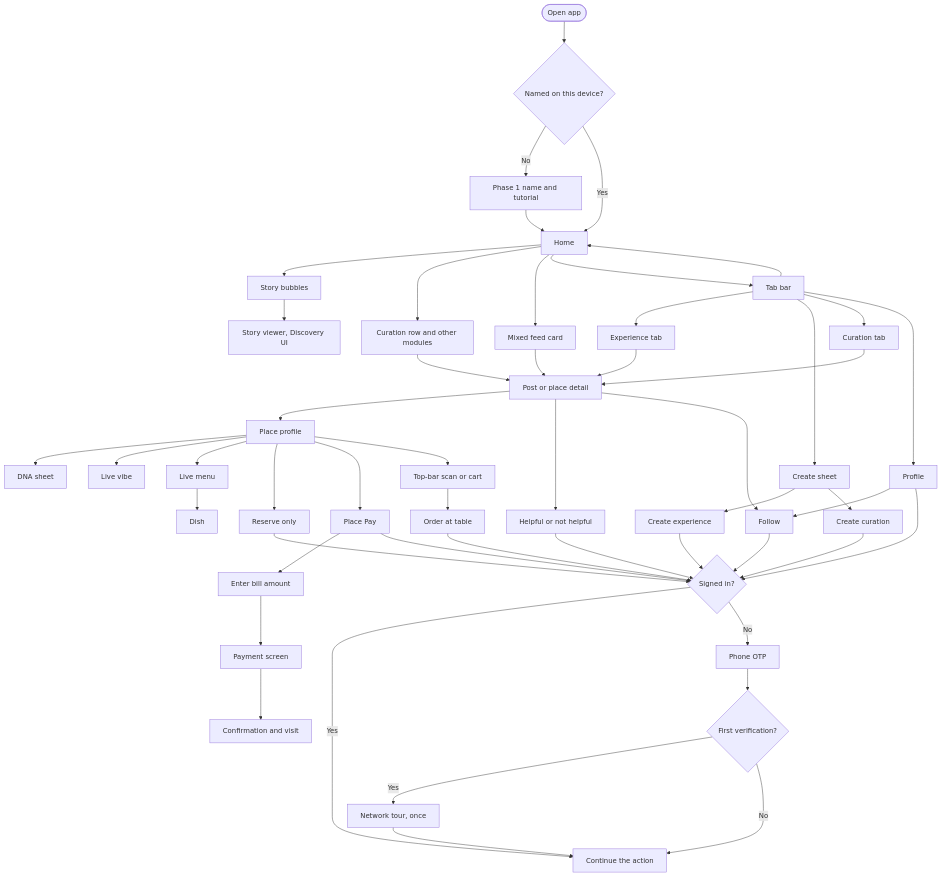
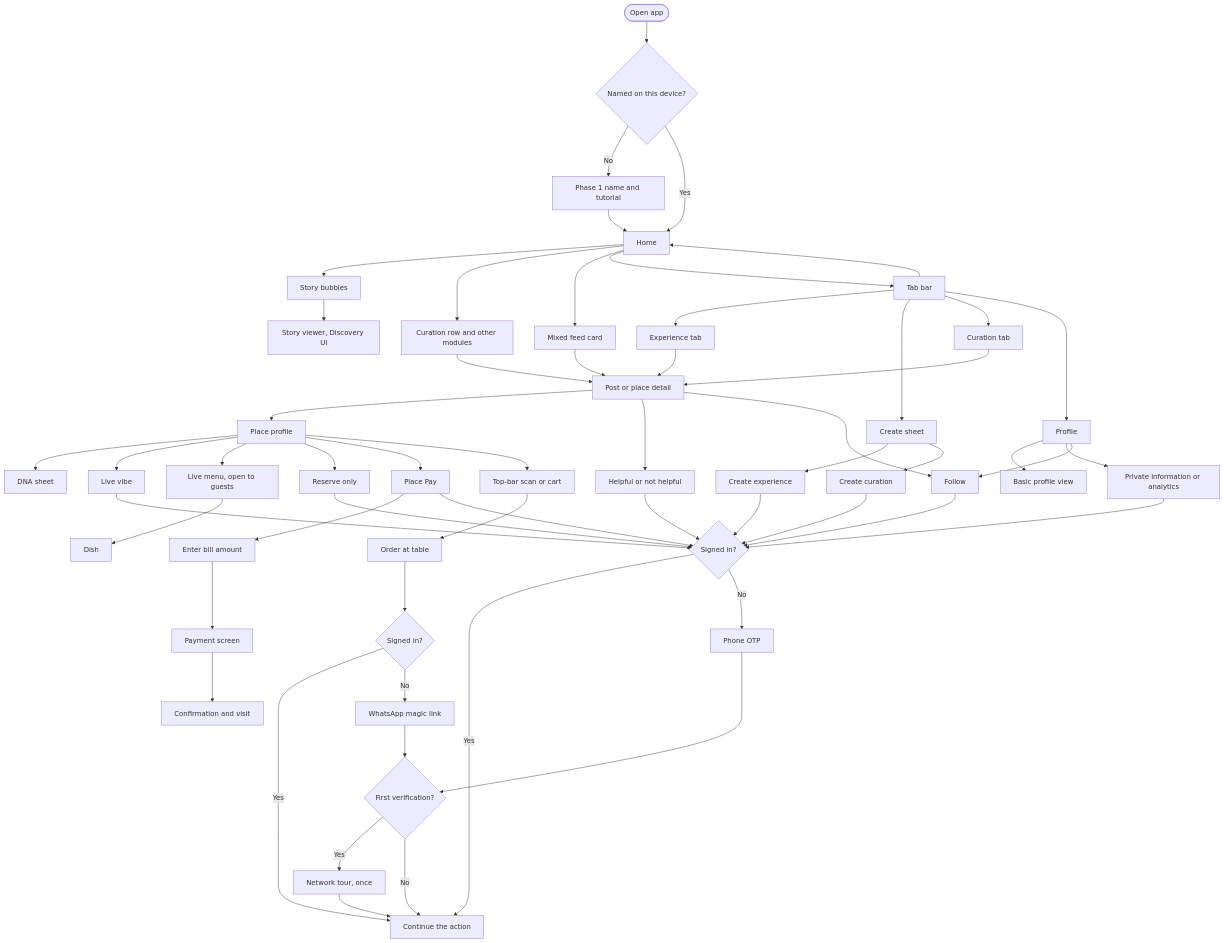
One commit to bawra11/elite-product changed the diagram in product/detail-flows/00-map.md. Above: the diagram before and after it, drawn with Mermaid. The commit also changed other lines of this file and 15 other files, not shown here.

````diff
--- a/product/detail-flows/00-map.md
+++ b/product/detail-flows/00-map.md
@@ -13,61 +17,68 @@
 ```mermaid
 flowchart TD
   launch([Open app]) --> known{Named on this device?}
   known -->|No| onboard["Phase 1 name and tutorial"]
   known -->|Yes| home["Home"]
   onboard --> home
 
   home --> bubbles["Story bubbles"]
   home --> modules["Curation row and other modules"]
   home --> card["Mixed feed card"]
   home --> tabs["Tab bar"]
 
   bubbles --> viewer["Story viewer, Discovery UI"]
   modules --> detail["Post or place detail"]
   card --> detail
 
   tabs --> home
   tabs --> exp["Experience tab"]
   tabs --> create["Create sheet"]
   tabs --> cur["Curation tab"]
   tabs --> profile["Profile"]
+  profile --> basic["Basic profile view"]
+  profile --> private["Private information or analytics"]
 
   exp --> detail
   cur --> detail
   create --> expFlow["Create experience"]
   create --> curFlow["Create curation"]
 
   detail --> place["Place profile"]
   place --> dna["DNA sheet"]
   place --> vibe["Live vibe"]
-  place --> menu["Live menu"]
+  place --> menu["Live menu, open to guests"]
   menu --> dish["Dish"]
   place --> reserve["Reserve only"]
   place --> placePay["Place Pay"]
   place --> orderIcon["Top-bar scan or cart"]
   orderIcon --> dineIn["Order at table"]
 
   placePay --> amount["Enter bill amount"]
   amount --> payScreen["Payment screen"]
   payScreen --> confirm["Confirmation and visit"]
 
   detail --> react["Helpful or not helpful"]
   detail --> follow["Follow"]
   profile --> follow
 
   react --> gate{Signed in?}
   follow --> gate
   expFlow --> gate
   curFlow --> gate
   reserve --> gate
   placePay --> gate
-  dineIn --> gate
-  profile --> gate
+  vibe --> gate
+  private --> gate
 
   gate -->|Yes| back["Continue the action"]
   gate -->|No| auth["Phone OTP"]
+
+  dineIn --> wa{Signed in?}
+  wa -->|Yes| back
+  wa -->|No| magic["WhatsApp magic link"]
+  magic --> tour
   auth --> tour{First verification?}
   tour -->|Yes| phase3["Network tour, once"]
   tour -->|No| back
   phase3 --> back
 ```
````
